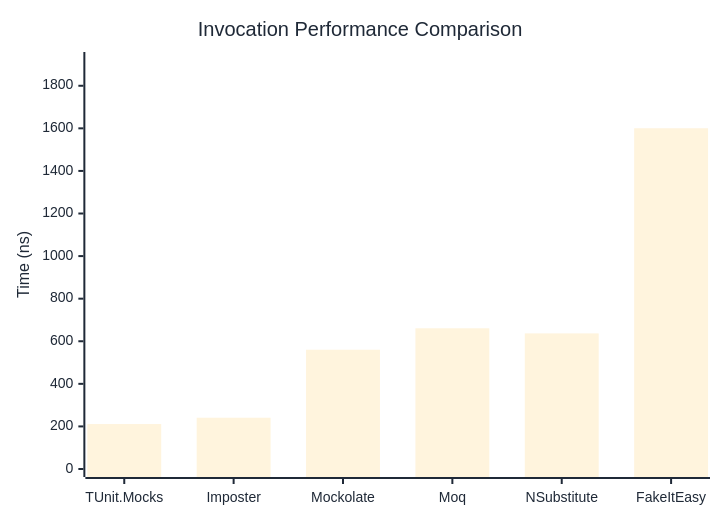
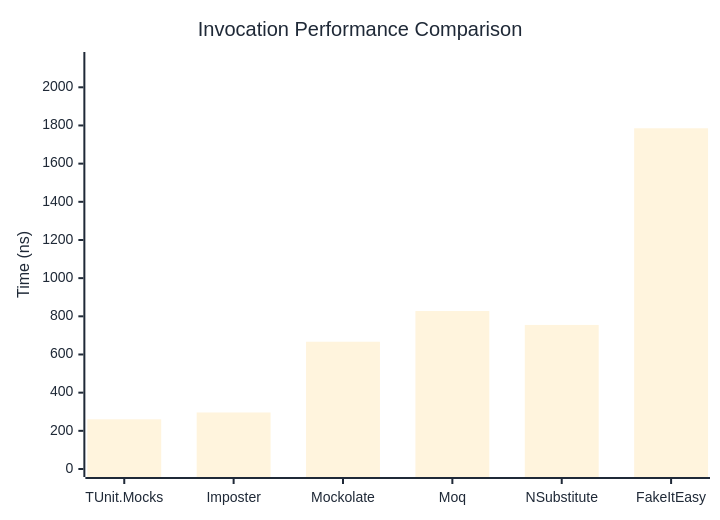
Before and after one commit to thomhurst/TUnit: the first of 3 diagrams in docs/docs/benchmarks/mocks/Invocation.md, drawn with Mermaid. The commit also changed other lines of this file and 14 other files, not shown here.

````diff
--- a/docs/docs/benchmarks/mocks/Invocation.md
+++ b/docs/docs/benchmarks/mocks/Invocation.md
@@ -28,27 +28,27 @@
 ```mermaid
 %%{init: {
   'theme':'base',
   'themeVariables': {
     'primaryColor': '#2563eb',
     'primaryTextColor': '#1f2937',
     'primaryBorderColor': '#1e40af',
     'lineColor': '#6b7280',
     'secondaryColor': '#7c3aed',
     'tertiaryColor': '#dc2626',
     'background': '#ffffff',
     'pie1': '#2563eb',
     'pie2': '#7c3aed',
     'pie3': '#dc2626',
     'pie4': '#f59e0b',
     'pie5': '#10b981',
     'pie6': '#06b6d4',
     'pie7': '#ec4899',
     'pie8': '#6366f1'
   }
 }}%%
 xychart-beta
   title "Invocation Performance Comparison"
   x-axis ["TUnit.Mocks", "Imposter", "Mockolate", "Moq", "NSubstitute", "FakeItEasy"]
-  y-axis "Time (ns)" 0 --> 1921
-  bar [211.1, 240.8, 560.2, 660.9, 636.9, 1600.5]
+  y-axis "Time (ns)" 0 --> 2143
+  bar [260.4, 296.2, 666.8, 827.7, 754.9, 1785.3]
 ```
````
